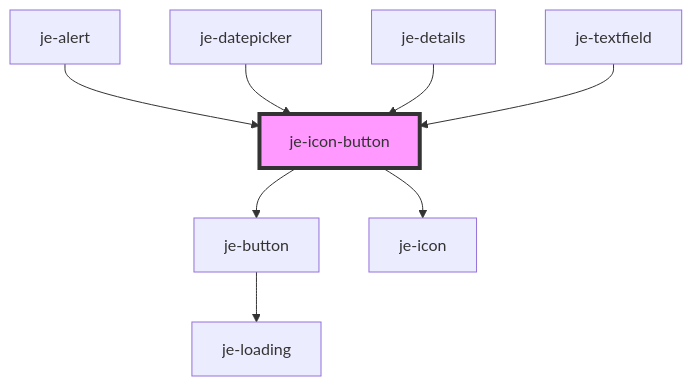
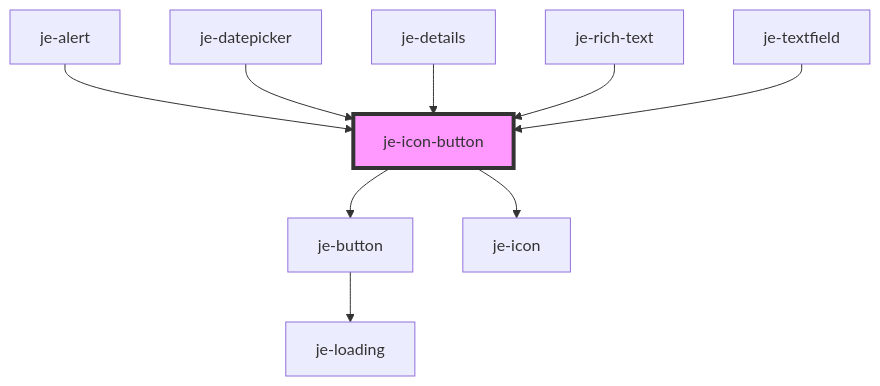
The diagram in packages/docs/docs/components/je-icon-button/readme.md (pgreen00/jebamo), drawn with Mermaid before and after one commit. The commit also changed other lines of this file and 36 other files, not shown here.

Commit message:
table and rich text editor components

````diff
--- a/packages/docs/docs/components/je-icon-button/readme.md
+++ b/packages/docs/docs/components/je-icon-button/readme.md
@@ -43,11 +44,12 @@
 ```mermaid
 graph TD;
   je-icon-button --> je-button
   je-icon-button --> je-icon
   je-button --> je-loading
   je-alert --> je-icon-button
   je-datepicker --> je-icon-button
   je-details --> je-icon-button
+  je-rich-text --> je-icon-button
   je-textfield --> je-icon-button
   style je-icon-button fill:#f9f,stroke:#333,stroke-width:4px
 ```
````
